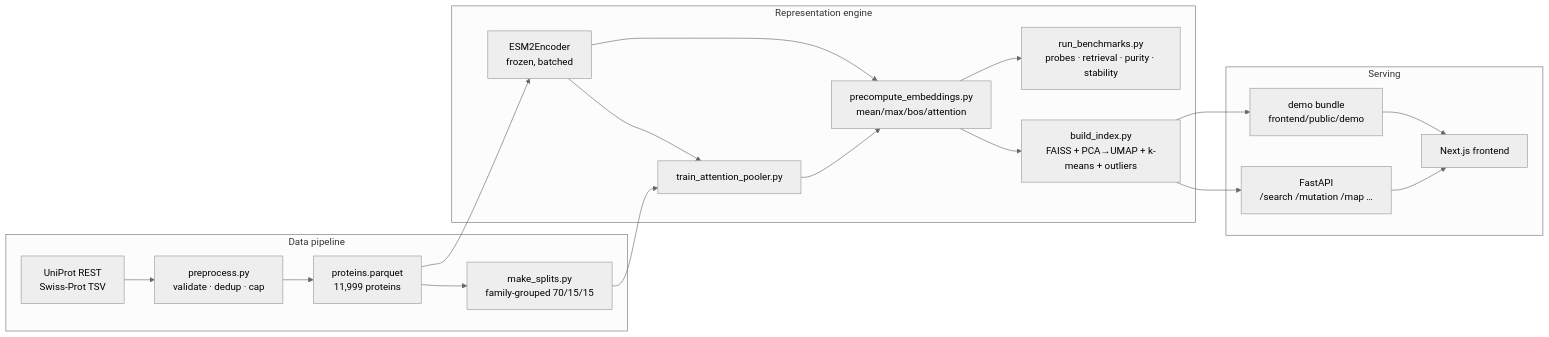
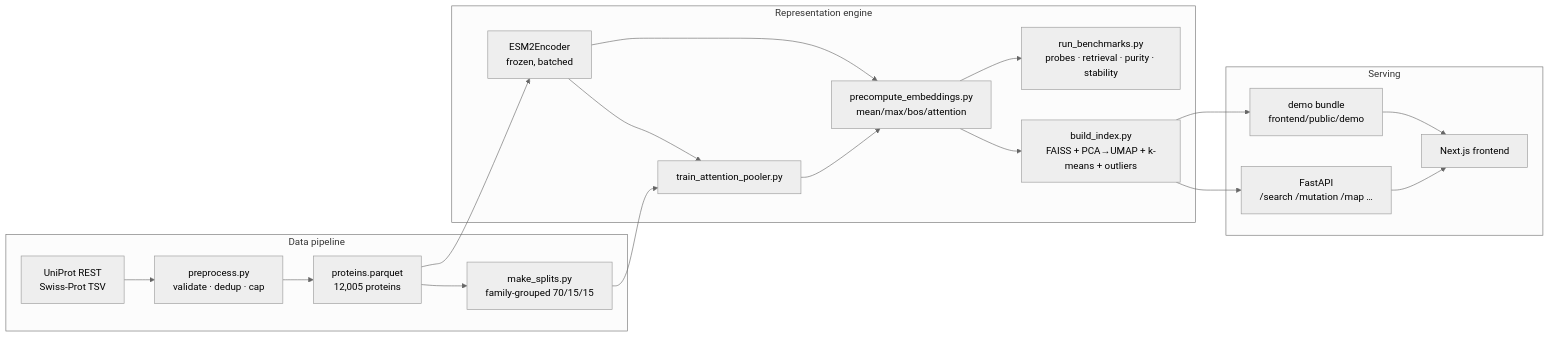
The diagram in README.md (sunkalpchandra/proteinlens), drawn with Mermaid (neutral theme) before and after one commit. The commit also changed other lines of this file and 1 other file, not shown here.

Commit message:
test: fix mutation test positions to a real histidine site; docs: corpus count

````diff
--- a/README.md
+++ b/README.md
@@ -52,23 +52,23 @@
 ```mermaid
 flowchart LR
     subgraph data [Data pipeline]
         A[UniProt REST\nSwiss-Prot TSV] --> B[preprocess.py\nvalidate · dedup · cap]
-        B --> C[proteins.parquet\n11,999 proteins]
+        B --> C[proteins.parquet\n12,005 proteins]
         C --> D[make_splits.py\nfamily-grouped 70/15/15]
     end
     subgraph ml [Representation engine]
         C --> E[ESM2Encoder\nfrozen, batched]
         D --> F[train_attention_pooler.py]
         E --> F
         E --> G[precompute_embeddings.py\nmean/max/bos/attention]
         F --> G
         G --> H[build_index.py\nFAISS + PCA→UMAP + k-means + outliers]
         G --> I[run_benchmarks.py\nprobes · retrieval · purity · stability]
     end
     subgraph serve [Serving]
         H --> J[FastAPI\n/search /mutation /map …]
         J --> K[Next.js frontend]
         H --> L[demo bundle\nfrontend/public/demo]
         L --> K
     end
 ```
````
